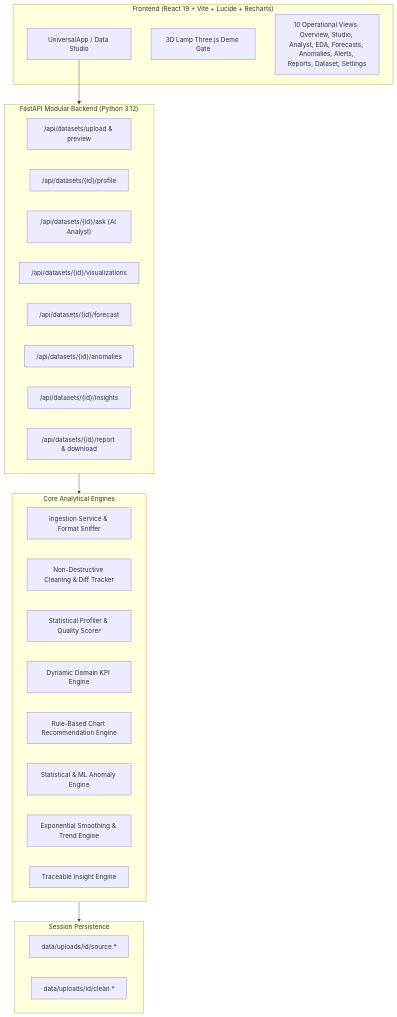
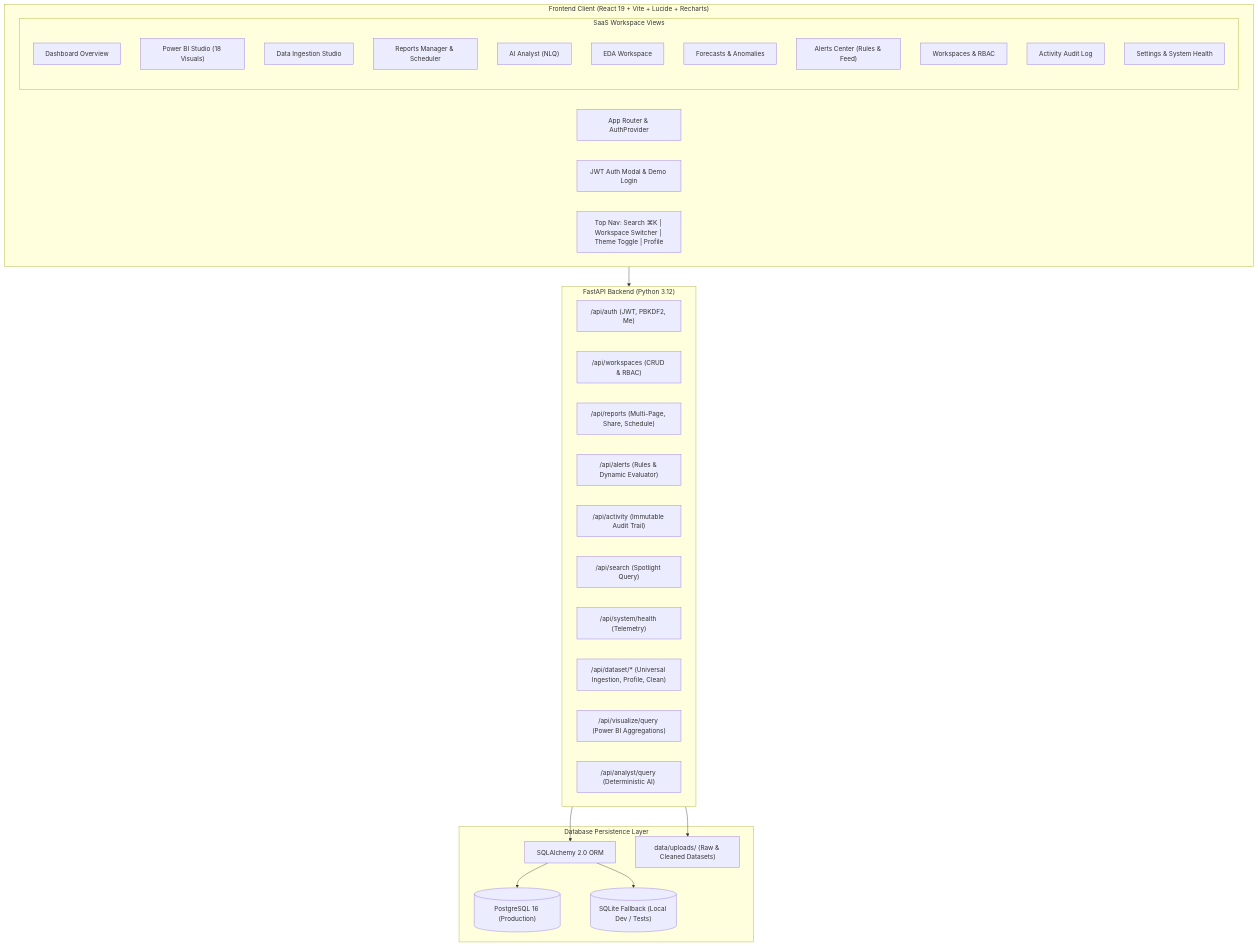
One commit to sathvikkasanagpttu/InsightOps-AI changed the diagram in README.md. Above: the diagram before and after it, drawn with Mermaid. The commit also changed other lines of this file and 37 other files, not shown here.

````diff
--- a/README.md
+++ b/README.md
@@ -90,39 +69,48 @@
 ```mermaid
 flowchart TD
-    subgraph Frontend["Frontend (React 19 + Vite + Lucide + Recharts)"]
-        UI[UniversalApp / Data Studio]
-        Gate[3D Lamp Three.js Demo Gate]
-        Views[10 Operational Views: Overview, Studio, Analyst, EDA, Forecasts, Anomalies, Alerts, Reports, Dataset, Settings]
+    subgraph Client["Frontend Client (React 19 + Vite + Lucide + Recharts)"]
+        Router["App Router & AuthProvider"]
+        AuthModal["JWT Auth Modal & Demo Login"]
+        NavBar["Top Nav: Search ⌘K | Workspace Switcher | Theme Toggle | Profile"]
+        
+        subgraph Views["SaaS Workspace Views"]
+            V1["Dashboard Overview"]
+            V2["Power BI Studio (18 Visuals)"]
+            V3["Data Ingestion Studio"]
+            V4["Reports Manager & Scheduler"]
+            V5["AI Analyst (NLQ)"]
+            V6["EDA Workspace"]
+            V7["Forecasts & Anomalies"]
+            V8["Alerts Center (Rules & Feed)"]
+            V9["Workspaces & RBAC"]
+            V10["Activity Audit Log"]
+            V11["Settings & System Health"]
+        end
     end
 
-    subgraph API["FastAPI Modular Backend (Python 3.12)"]
-        UploadRouter["/api/datasets/upload & preview"]
-        ProfileRouter["/api/datasets/{id}/profile"]
-        AnalysisRouter["/api/datasets/{id}/ask (AI Analyst)"]
-        VizRouter["/api/datasets/{id}/visualizations"]
-        FCSRouter["/api/datasets/{id}/forecast"]
-        AnomRouter["/api/datasets/{id}/anomalies"]
-        InsightRouter["/api/datasets/{id}/insights"]
-        ReportRouter["/api/datasets/{id}/report & download"]
+    subgraph Backend["FastAPI Backend (Python 3.12)"]
+        Auth["/api/auth (JWT, PBKDF2, Me)"]
+        Workspaces["/api/workspaces (CRUD & RBAC)"]
+        Reports["/api/reports (Multi-Page, Share, Schedule)"]
+        Alerts["/api/alerts (Rules & Dynamic Evaluator)"]
+        Activity["/api/activity (Immutable Audit Trail)"]
+        Search["/api/search (Spotlight Query)"]
+        System["/api/system/health (Telemetry)"]
+        DatasetRouter["/api/dataset/* (Universal Ingestion, Profile, Clean)"]
+        VisualRouter["/api/visualize/query (Power BI Aggregations)"]
+        AnalystRouter["/api/analyst/query (Deterministic AI)"]
     end
 
-    subgraph Services["Core Analytical Engines"]
-        Ingestion[Ingestion Service & Format Sniffer]
-        Cleaning[Non-Destructive Cleaning & Diff Tracker]
-        Profiling[Statistical Profiler & Quality Scorer]
-        KPIEngine[Dynamic Domain KPI Engine]
-        ChartEngine[Rule-Based Chart Recommendation Engine]
-        AnomalyEngine[Statistical & ML Anomaly Engine]
-        ForecastEngine[Exponential Smoothing & Trend Engine]
-        InsightEngine[Traceable Insight Engine]
+    subgraph Database["Database Persistence Layer"]
+        ORM["SQLAlchemy 2.0 ORM"]
+        Postgres[("PostgreSQL 16 (Production)")]
+        SQLite[("SQLite Fallback (Local Dev / Tests)")]
+        DiskStore["data/uploads/ (Raw & Cleaned Datasets)"]
     end
 
-    subgraph Storage["Session Persistence"]
-        RawDisk[data/uploads/id/source.*]
-        CleanDisk[data/uploads/id/clean.*]
-    end
-
-    UI --> API
-    API --> Services
-    Services --> Storage
+    Client --> Backend
+    Backend --> ORM
+    ORM --> Postgres
+    ORM --> SQLite
+    Backend --> DiskStore
 ```
````
